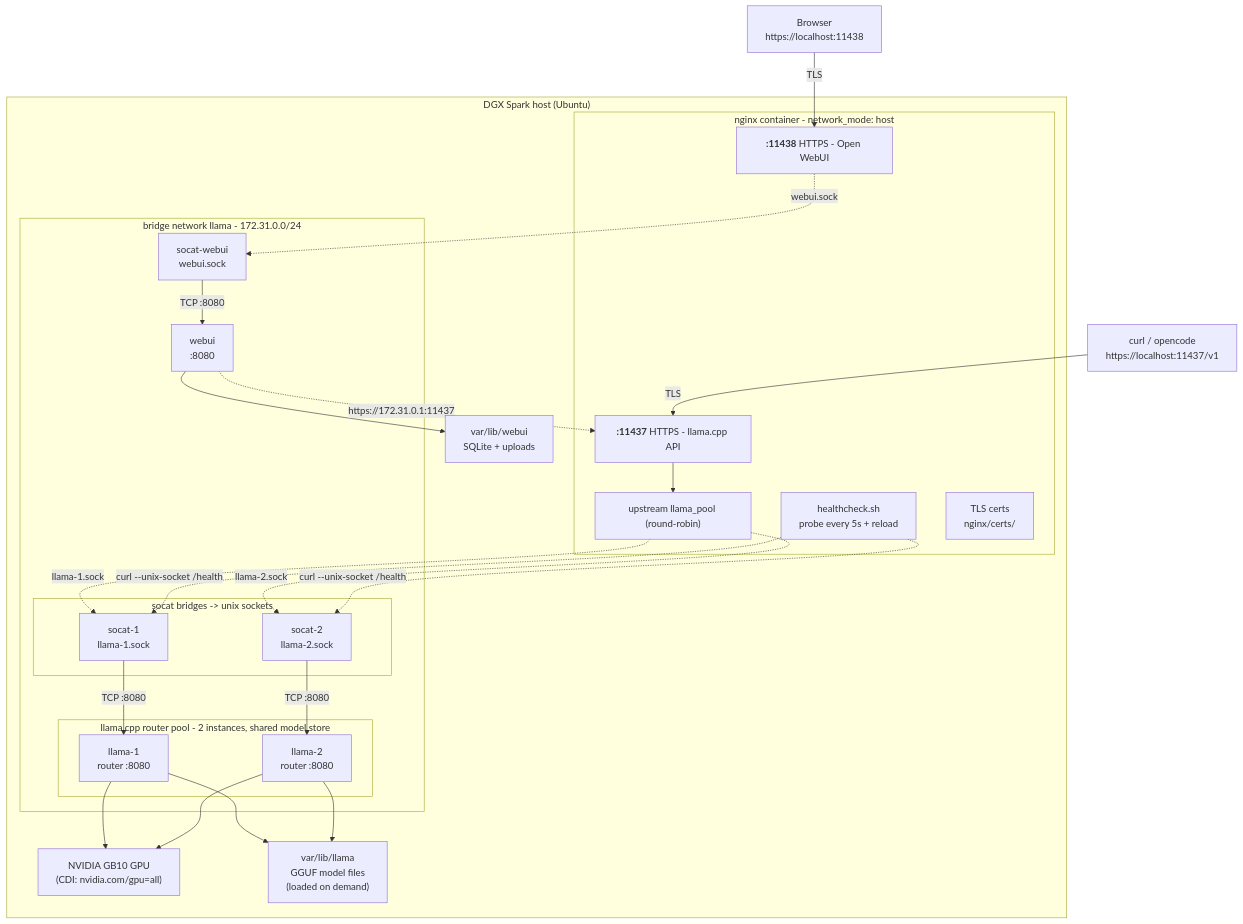
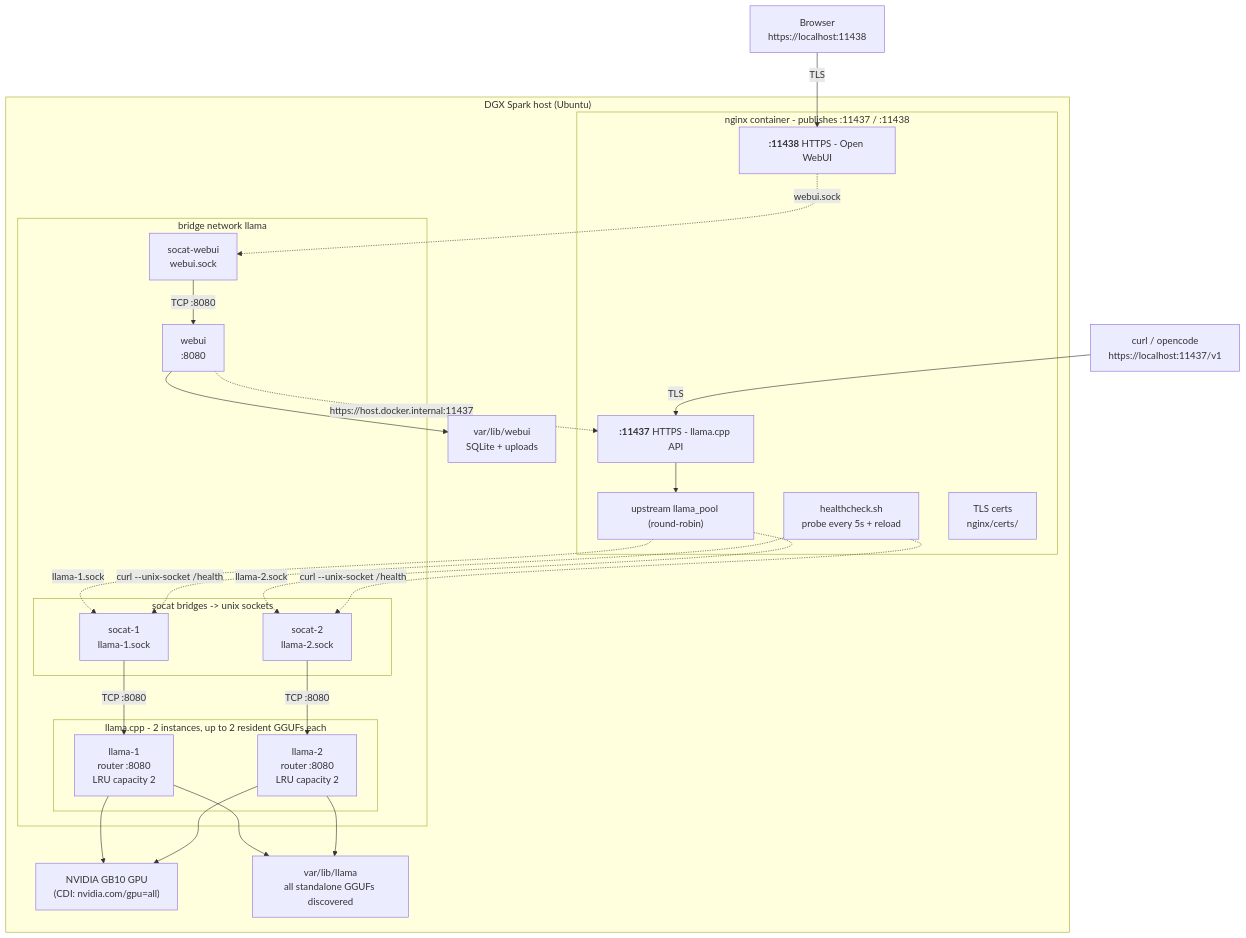
One commit to SpotDraft/llamacpp-serve changed the diagram in docs/diagrams/architecture.mmd. Above: the diagram before and after it, drawn with Mermaid. The commit also changed 28 other files, not shown here.

```diff
--- a/docs/diagrams/architecture.mmd
+++ b/docs/diagrams/architecture.mmd
@@ -1,46 +1,46 @@
 flowchart TD
     CLI1["curl / opencode<br/>https://localhost:11437/v1"]
     CLI2["Browser<br/>https://localhost:11438"]
 
     subgraph HOST["DGX Spark host (Ubuntu)"]
-        subgraph NGX["nginx container - network_mode: host"]
+        subgraph NGX["nginx container - publishes :11437 / :11438"]
             LS11437["<b>:11437</b> HTTPS - llama.cpp API"]
             LS11438["<b>:11438</b> HTTPS - Open WebUI"]
             UP["upstream llama_pool (round-robin)"]
             HK["healthcheck.sh<br/>probe every 5s + reload"]
             CERTS["TLS certs<br/>nginx/certs/"]
         end
 
-        subgraph NET["bridge network llama - 172.31.0.0/24"]
-            subgraph POOL["llama.cpp router pool - 2 instances, shared model store"]
-                L1["llama-1<br/>router :8080"]
-                L2["llama-2<br/>router :8080"]
+        subgraph NET["bridge network llama"]
+            subgraph POOL["llama.cpp - 2 instances, up to 2 resident GGUFs each"]
+                L1["llama-1<br/>router :8080<br/>LRU capacity 2"]
+                L2["llama-2<br/>router :8080<br/>LRU capacity 2"]
             end
             subgraph SOC["socat bridges -> unix sockets"]
                 S1["socat-1<br/>llama-1.sock"]
                 S2["socat-2<br/>llama-2.sock"]
             end
             W["webui<br/>:8080"]
             SW["socat-webui<br/>webui.sock"]
         end
 
         GPU["NVIDIA GB10 GPU<br/>(CDI: nvidia.com/gpu=all)"]
-        MODELS["var/lib/llama<br/>GGUF model files<br/>(loaded on demand)"]
+        MODELS["var/lib/llama<br/>all standalone GGUFs discovered"]
         DATA["var/lib/webui<br/>SQLite + uploads"]
     end
 
     CLI1 -->|TLS| LS11437
     CLI2 -->|TLS| LS11438
     LS11437 --> UP
     UP -.->|llama-1.sock| S1
     UP -.->|llama-2.sock| S2
     LS11438 -.->|webui.sock| SW
     S1 -->|TCP :8080| L1
     S2 -->|TCP :8080| L2
     SW -->|TCP :8080| W
-    W -.->|https://172.31.0.1:11437| LS11437
+    W -.->|https://host.docker.internal:11437| LS11437
     HK -.->|curl --unix-socket /health| S1
     HK -.->|curl --unix-socket /health| S2
     L1 & L2 --> GPU
     L1 & L2 --> MODELS
     W --> DATA
```
